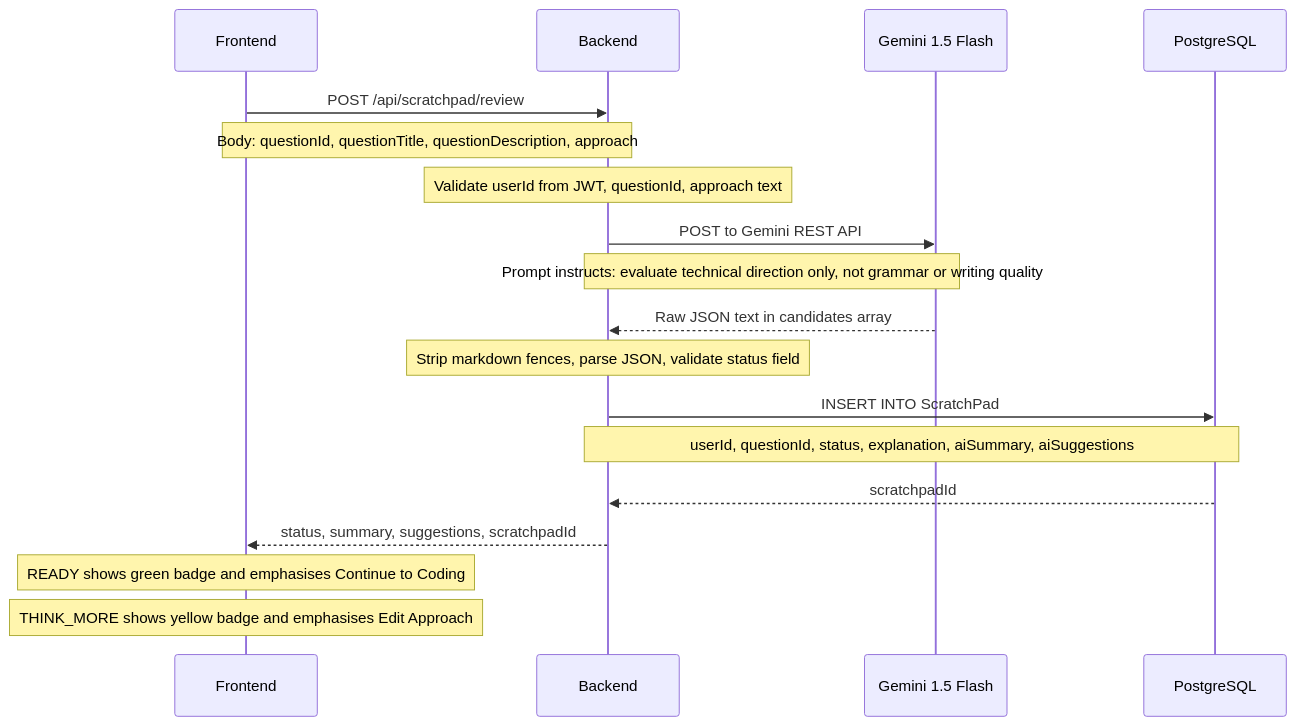
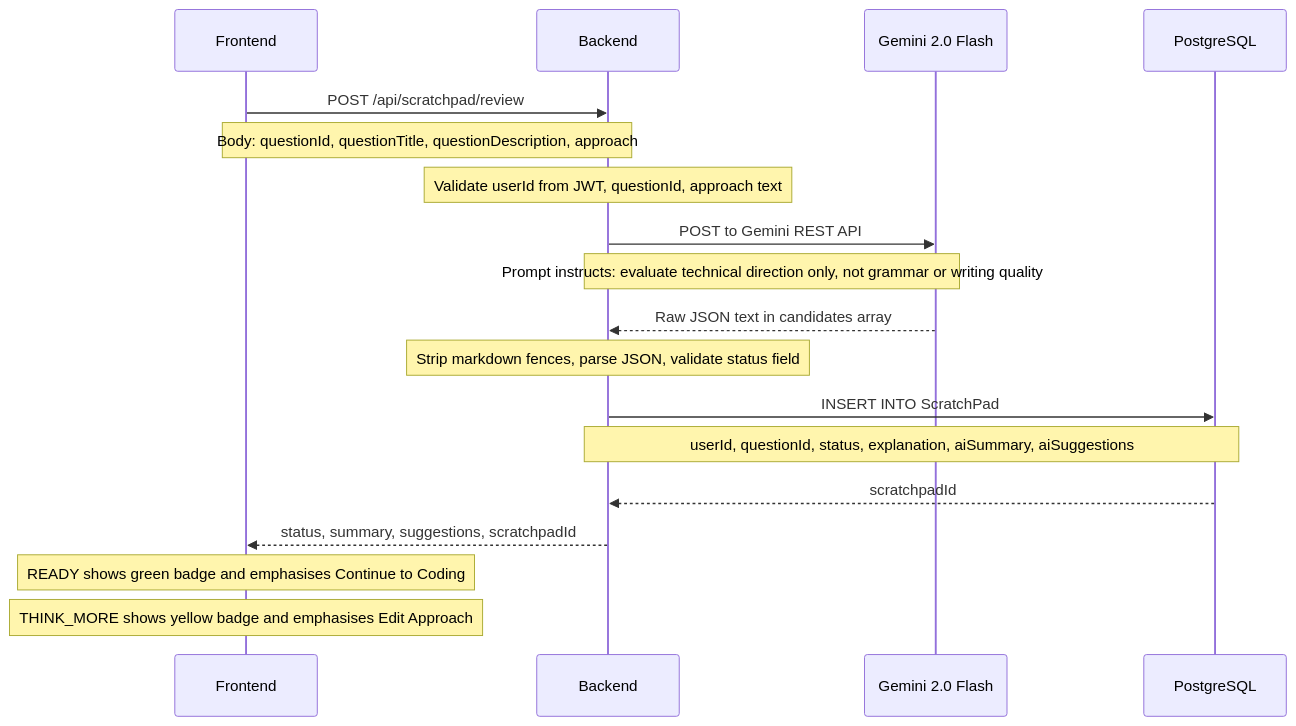
Before and after one commit to yatinsingh2007/VintiCode: the sixth of 6 diagrams in README.md, drawn with Mermaid. The commit also changed other lines of this file, not shown here.

Commit message:
chore: upgrade AI model references from Gemini 1.5 Flash to 2.0 Flash

````diff
--- a/README.md
+++ b/README.md
@@ -311,27 +311,27 @@
 ```mermaid
 sequenceDiagram
     participant FE as Frontend
     participant BE as Backend
-    participant GM as Gemini 1.5 Flash
+    participant GM as Gemini 2.0 Flash
     participant DB as PostgreSQL
 
     FE->>BE: POST /api/scratchpad/review
     Note over FE,BE: Body: questionId, questionTitle, questionDescription, approach
 
     Note over BE: Validate userId from JWT, questionId, approach text
 
     BE->>GM: POST to Gemini REST API
     Note over BE,GM: Prompt instructs: evaluate technical direction only, not grammar or writing quality
     GM-->>BE: Raw JSON text in candidates array
 
     Note over BE: Strip markdown fences, parse JSON, validate status field
 
     BE->>DB: INSERT INTO ScratchPad
     Note over BE,DB: userId, questionId, status, explanation, aiSummary, aiSuggestions
     DB-->>BE: scratchpadId
 
     BE-->>FE: status, summary, suggestions, scratchpadId
 
     Note over FE: READY shows green badge and emphasises Continue to Coding
     Note over FE: THINK_MORE shows yellow badge and emphasises Edit Approach
 ```
````
